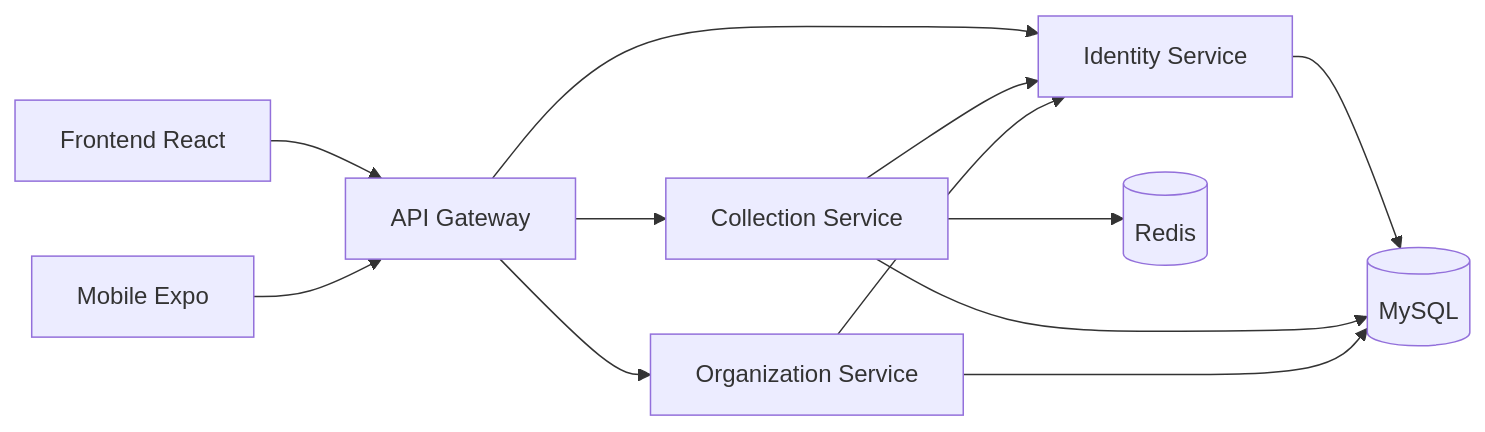
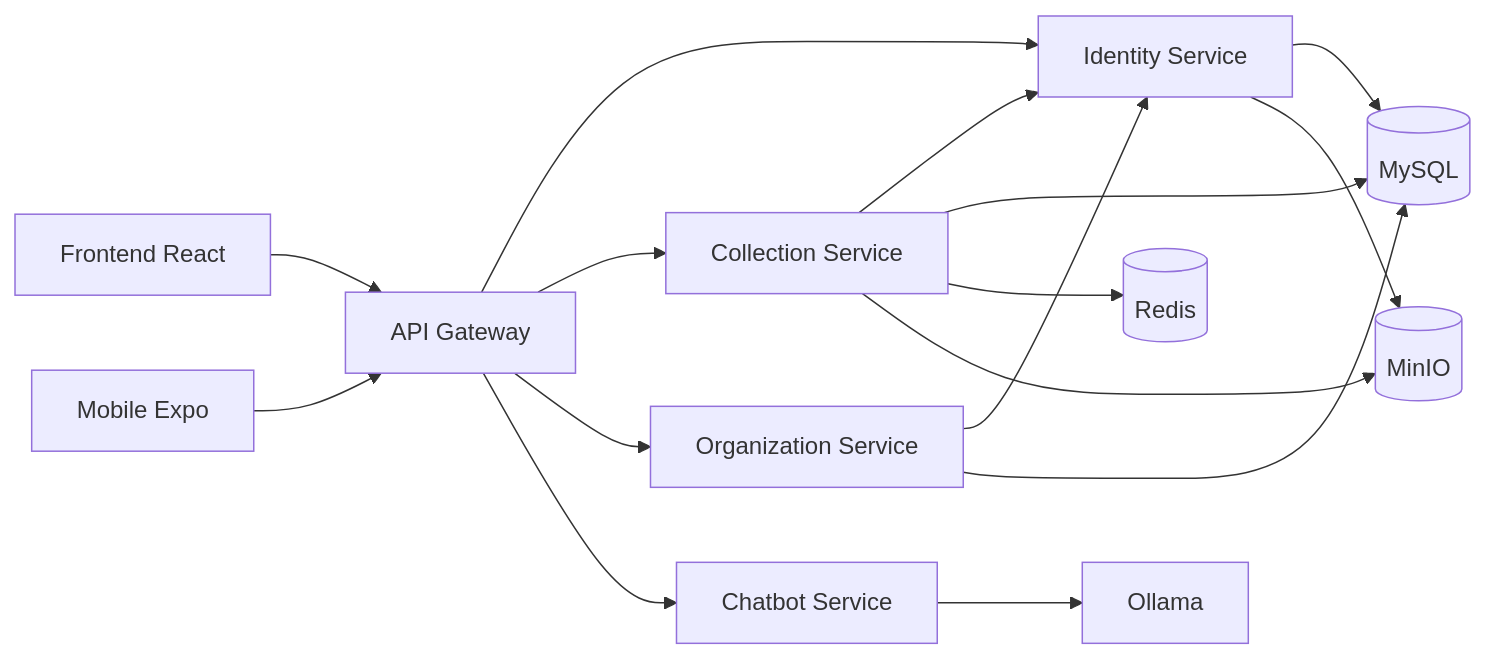
Before and after one commit to TCC-CAN/.github: the diagram in profile/README.md, drawn with Mermaid. The commit also changed other lines of this file, not shown here.

````diff
--- a/profile/README.md
+++ b/profile/README.md
@@ -24,14 +24,18 @@
 ```mermaid
 flowchart LR
     WEB[Frontend React] --> GW[API Gateway]
     APP[Mobile Expo] --> GW
     GW --> ID[Identity Service]
     GW --> CO[Collection Service]
     GW --> ORG[Organization Service]
+    GW --> BOT[Chatbot Service]
     CO --> ID
     ORG --> ID
     ID --> DB[(MySQL)]
     CO --> DB
     ORG --> DB
     CO --> CACHE[(Redis)]
+    ID --> STORE[(MinIO)]
+    CO --> STORE
+    BOT --> AI[Ollama]
 ```
````
